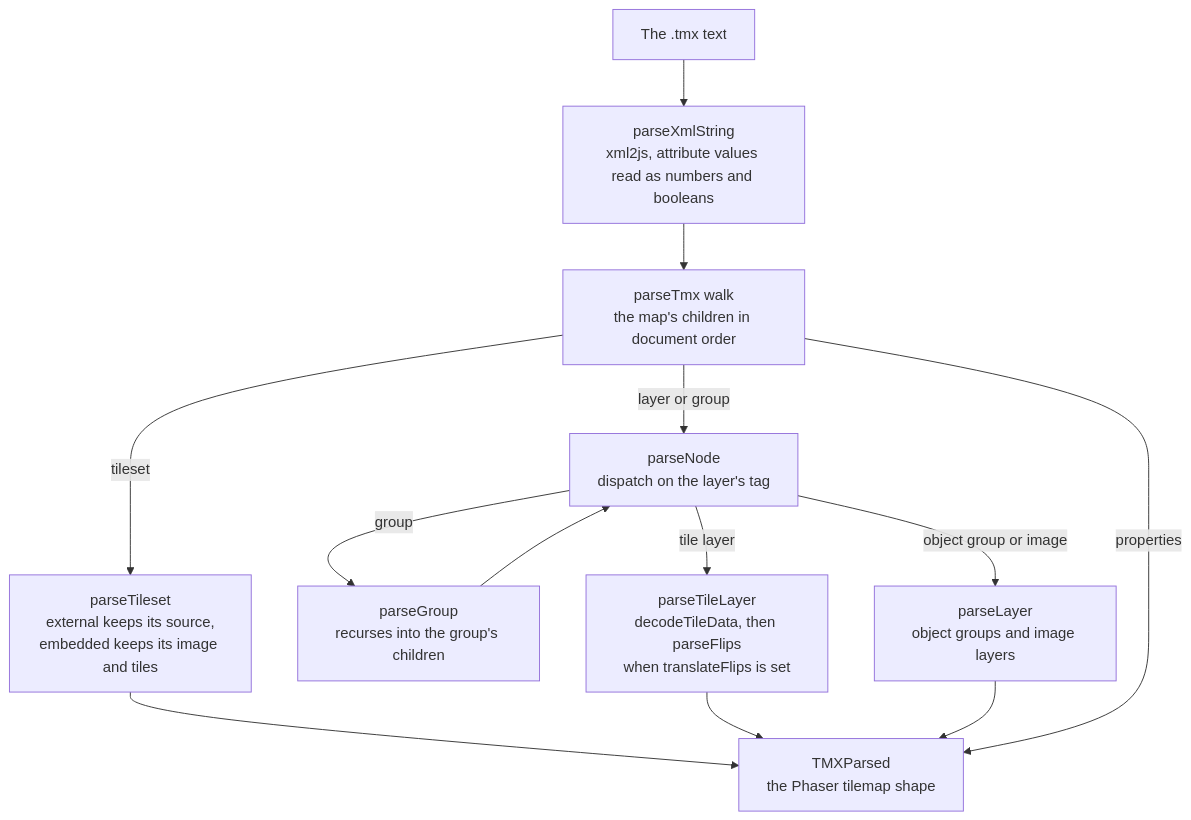
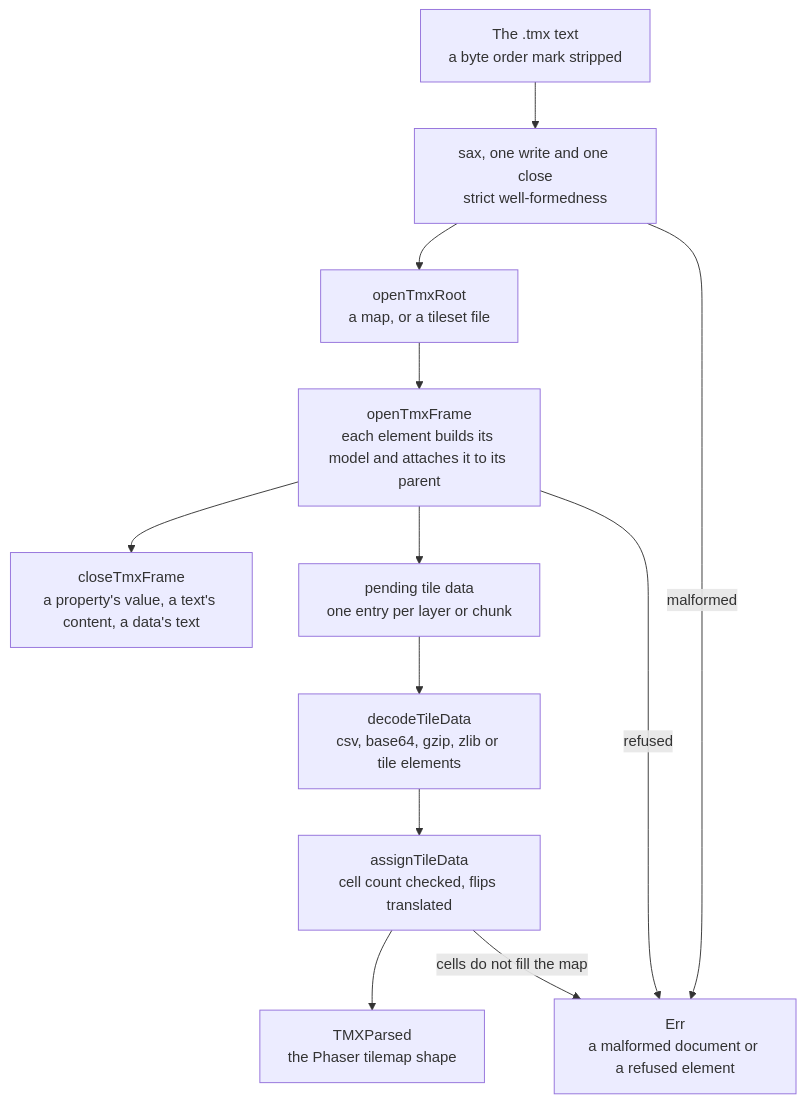
Before and after one commit to Esposter/Esposter: the diagram in apps/web/content/docs/parse-tmx/index.md, drawn with Mermaid. The commit also changed other lines of this file and 1 other file, not shown here.

First line of the commit message:
docs(parse-tmx): the package is a sax rewrite, its reader, its Result errors and its three upstream verdicts

````diff
--- a/apps/web/content/docs/parse-tmx/index.md
+++ b/apps/web/content/docs/parse-tmx/index.md
@@ -16,19 +16,19 @@
 ```mermaid
 flowchart TD
-  xml["The .tmx text"]
-  read["parseXmlString<br/>xml2js, attribute values read as numbers and booleans"]
-  walk["parseTmx walk<br/>the map's children in document order"]
-  tileset["parseTileset<br/>external keeps its source,<br/>embedded keeps its image and tiles"]
-  node["parseNode<br/>dispatch on the layer's tag"]
-  group["parseGroup<br/>recurses into the group's children"]
-  tile["parseTileLayer<br/>decodeTileData, then parseFlips<br/>when translateFlips is set"]
-  object["parseLayer<br/>object groups and image layers"]
+  xml["The .tmx text<br/>a byte order mark stripped"]
+  sax["sax, one write and one close<br/>strict well-formedness"]
+  root["openTmxRoot<br/>a map, or a tileset file"]
+  open["openTmxFrame<br/>each element builds its model and attaches it to its parent"]
+  close["closeTmxFrame<br/>a property's value, a text's content, a data's text"]
+  pending["pending tile data<br/>one entry per layer or chunk"]
+  decode["decodeTileData<br/>csv, base64, gzip, zlib or tile elements"]
+  assign["assignTileData<br/>cell count checked, flips translated"]
   parsed["TMXParsed<br/>the Phaser tilemap shape"]
-  xml --> read --> walk
-  walk -->|tileset| tileset --> parsed
-  walk -->|layer or group| node
-  node -->|group| group --> node
-  node -->|tile layer| tile --> parsed
-  node -->|object group or image| object --> parsed
-  walk -->|properties| parsed
+  failed["Err<br/>a malformed document or a refused element"]
+  xml --> sax --> root --> open
+  open --> close
+  open --> pending --> decode --> assign --> parsed
+  sax -->|malformed| failed
+  open -->|refused| failed
+  assign -->|cells do not fill the map| failed
 ```
````
